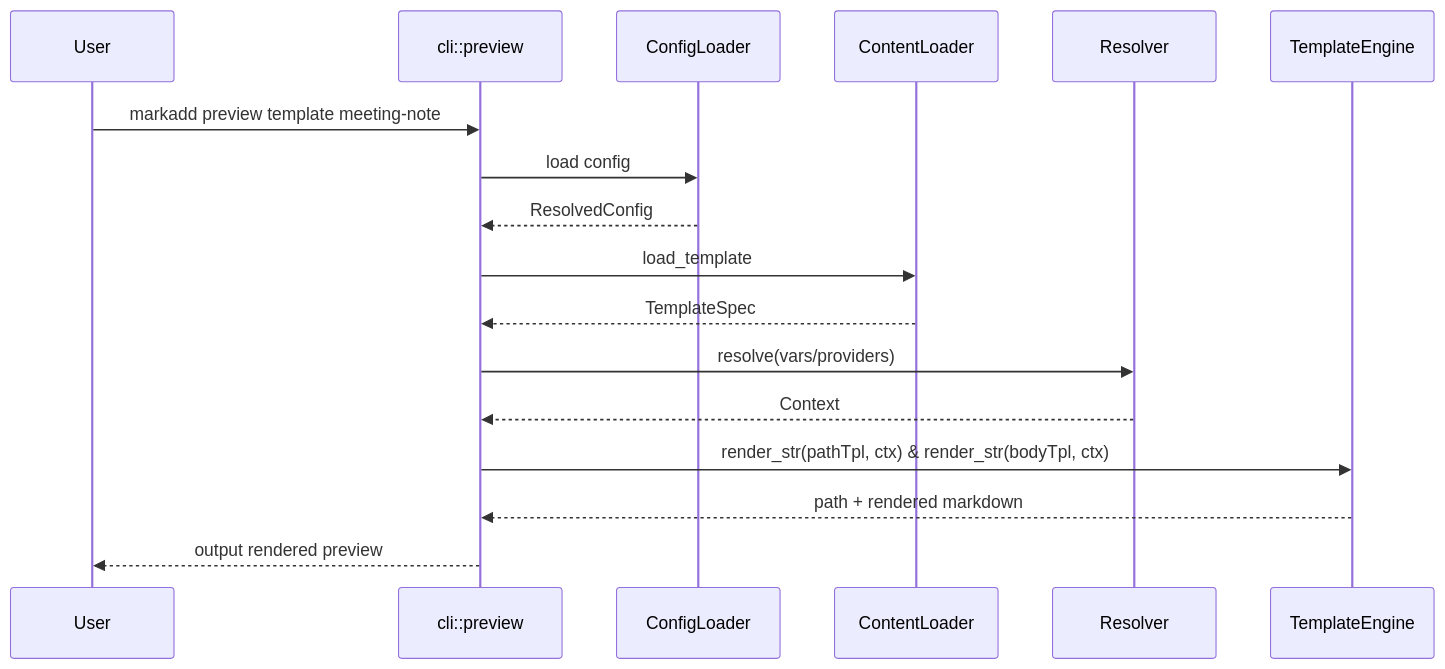
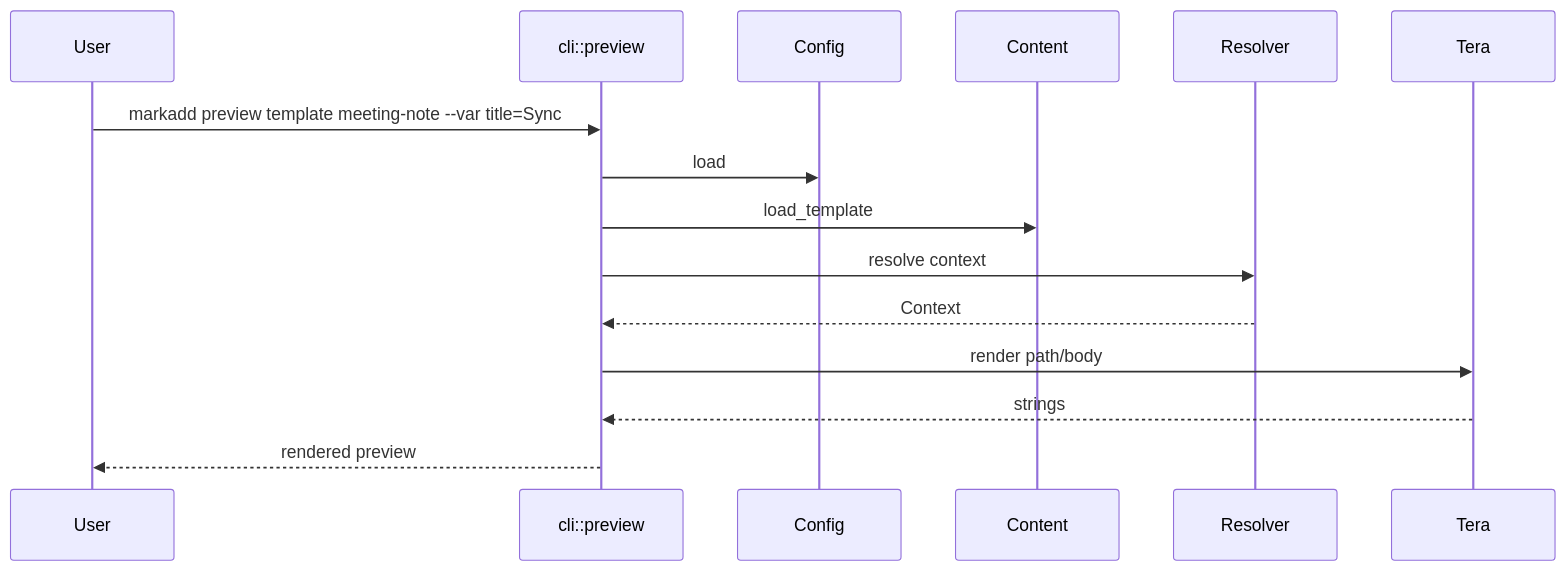
One commit to agustinvalencia/mdvault changed the eighth of 22 diagrams in docs/01_development_plan.md. Above: the diagram before and after it, drawn with Mermaid. The commit also changed other lines of this file and 2 other files, not shown here.

````diff
--- a/docs/01_development_plan.md
+++ b/docs/01_development_plan.md
@@ -218,20 +210,17 @@
 ```mermaid
 sequenceDiagram
   participant User
   participant CLI as cli::preview
-  participant CFG as ConfigLoader
-  participant CTL as ContentLoader
+  participant CFG as Config
+  participant CTL as Content
   participant RES as Resolver
-  participant TPL as TemplateEngine
-
-  User->>CLI: markadd preview template meeting-note
-  CLI->>CFG: load config
-  CFG-->>CLI: ResolvedConfig
+  participant TPL as Tera
+  User->>CLI: markadd preview template meeting-note --var title=Sync
+  CLI->>CFG: load
   CLI->>CTL: load_template
-  CTL-->>CLI: TemplateSpec
-  CLI->>RES: resolve(vars/providers)
+  CLI->>RES: resolve context
   RES-->>CLI: Context
-  CLI->>TPL: render_str(pathTpl, ctx) & render_str(bodyTpl, ctx)
-  TPL-->>CLI: path + rendered markdown
-  CLI-->>User: output rendered preview
+  CLI->>TPL: render path/body
+  TPL-->>CLI: strings
+  CLI-->>User: rendered preview
 ```
````
